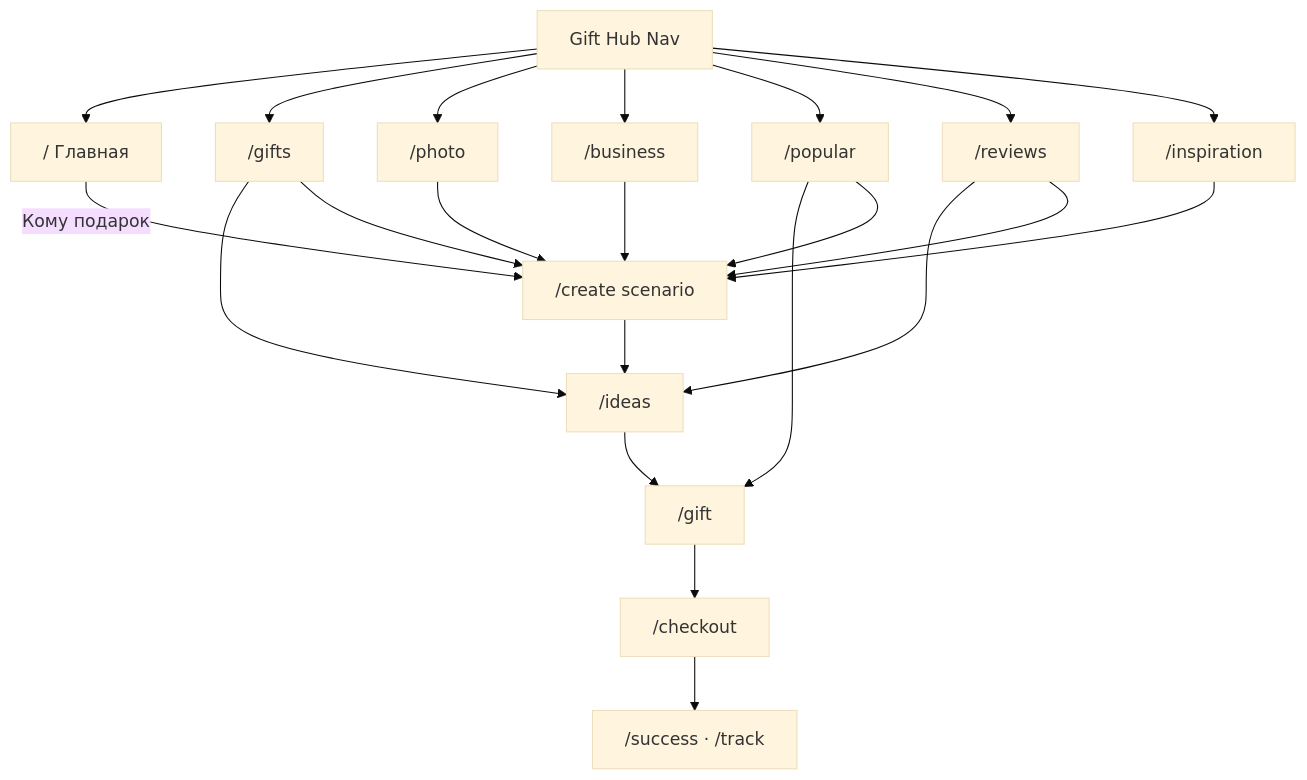
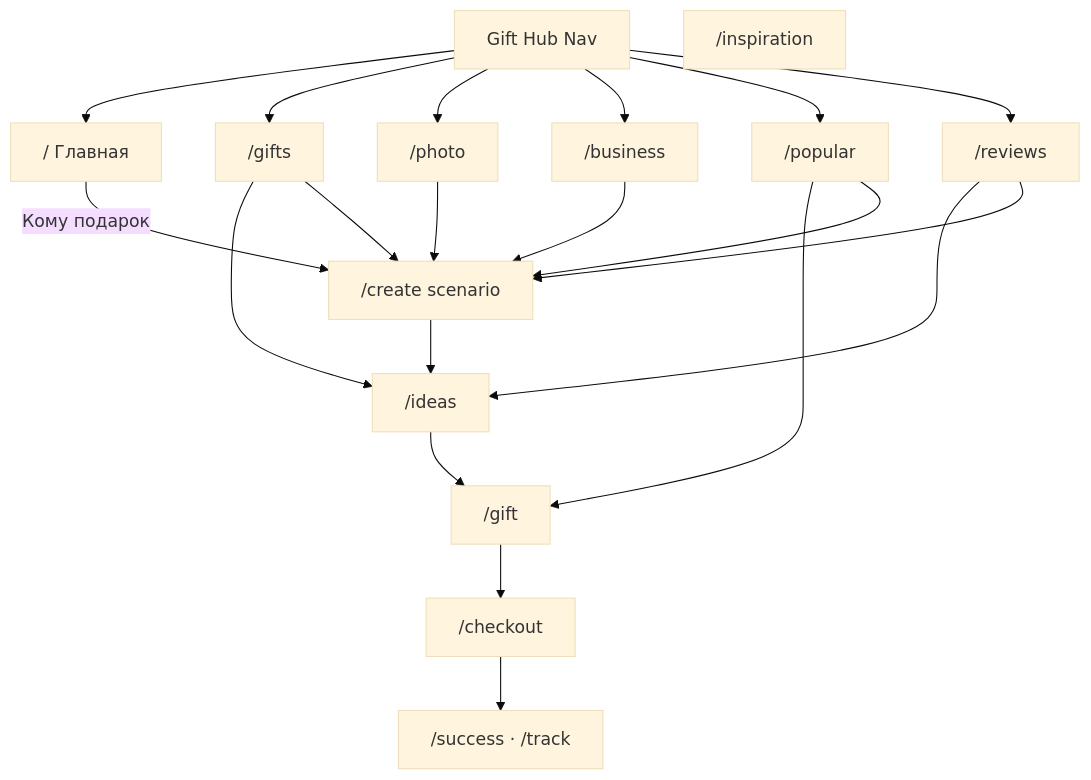
One commit to andreysid91/AI-Gift-Marketplace changed the diagram in docs/27_Gift_Hub_Navigation.md. Above: the diagram before and after it, drawn with Mermaid (base theme). The commit also changed other lines of this file and 64 other files, not shown here.

````diff
--- a/docs/27_Gift_Hub_Navigation.md
+++ b/docs/27_Gift_Hub_Navigation.md
@@ -48,29 +50,28 @@
 ```mermaid
 flowchart TB
   Hub[Gift Hub Nav]
   Home["/ Главная"]
   Gifts["/gifts"]
   Photo["/photo"]
   Biz["/business"]
   Pop["/popular"]
   Rev["/reviews"]
   Insp["/inspiration"]
   Create["/create scenario"]
   Ideas["/ideas"]
   GiftPage["/gift"]
   Checkout["/checkout"]
   Success["/success · /track"]
 
-  Hub --> Home & Gifts & Photo & Biz & Pop & Rev & Insp
+  Hub --> Home & Gifts & Photo & Biz & Pop & Rev
   Home -->|Кому подарок| Create
   Gifts --> Ideas & Create
   Photo --> Create
   Biz --> Create
   Pop --> GiftPage & Create
   Rev --> Ideas & Create
-  Insp --> Create
   Create --> Ideas
   Ideas --> GiftPage
   GiftPage --> Checkout
   Checkout --> Success
 ```
````
